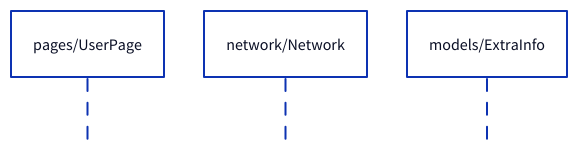
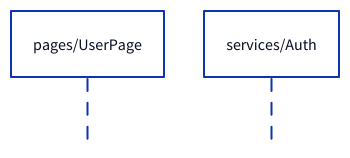
One commit to sien75/GraphiCode-skills changed the first of 5 diagrams in architect/references/flow.md. Above: the diagram before and after it, drawn with D2. The commit also changed other lines of this file and 2 other files, not shown here.

Commit message:
adjust flow md description

````diff
--- a/architect/references/flow.md
+++ b/architect/references/flow.md
@@ -17,7 +15,6 @@
 ```d2
 shape: sequence_diagram
 
 UserPage: pages/UserPage
-Network: network/Network
-ExtraInfo: models/ExtraInfo
+Auth: services/Auth
 ```
````
